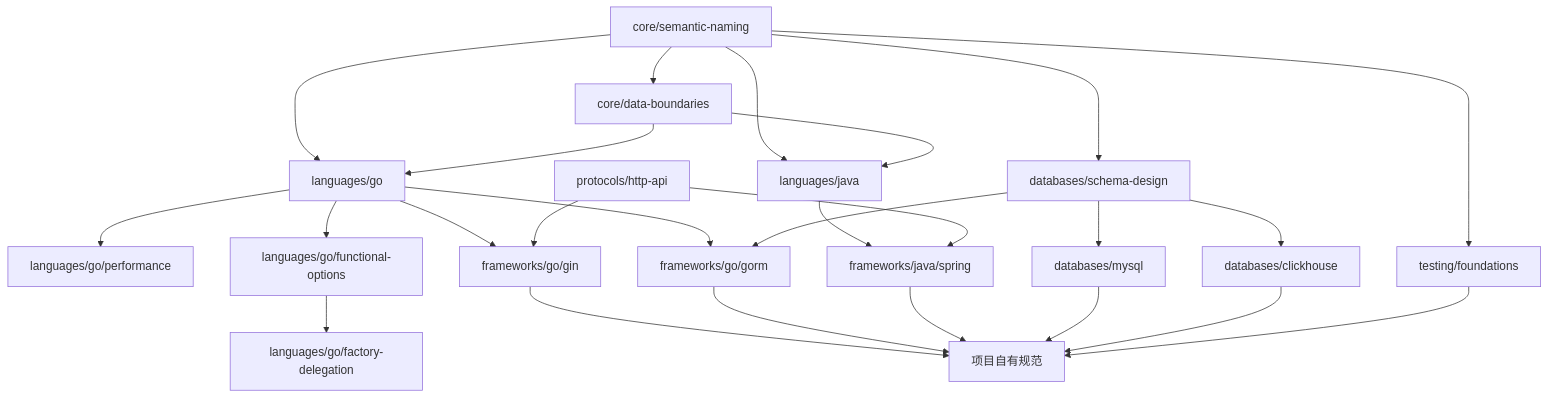
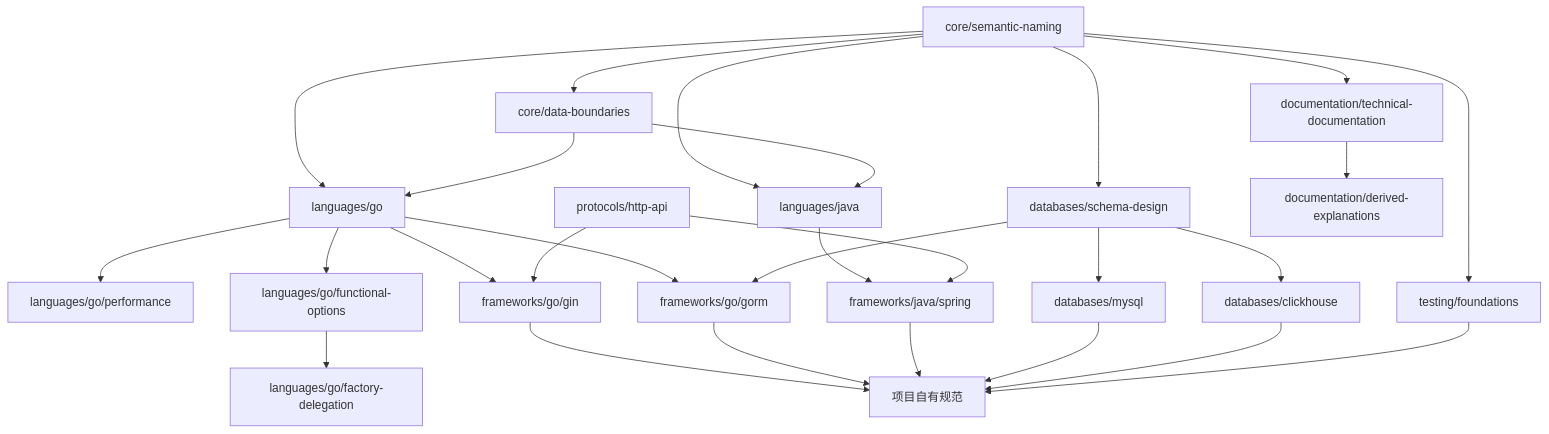
One commit to XiaoWeiKIN/EngineeringSpecifications changed the first of 4 diagrams in docs/specification-model.zh-CN.md. Above: the diagram before and after it, drawn with Mermaid. The commit also changed other lines of this file and 10 other files, not shown here.

````diff
--- a/docs/specification-model.zh-CN.md
+++ b/docs/specification-model.zh-CN.md
@@ -33,44 +34,48 @@
 ```mermaid
 flowchart TB
     Naming["core/semantic-naming"]
     Boundary["core/data-boundaries"]
     Go["languages/go"]
     GoPerformance["languages/go/performance"]
     GoOptions["languages/go/functional-options"]
     GoFactory["languages/go/factory-delegation"]
     Java["languages/java"]
     HTTP["protocols/http-api"]
     Gin["frameworks/go/gin"]
     Gorm["frameworks/go/gorm"]
     Spring["frameworks/java/spring"]
     Schema["databases/schema-design"]
     MySQL["databases/mysql"]
     ClickHouse["databases/clickhouse"]
     Testing["testing/foundations"]
+    Docs["documentation/technical-documentation"]
+    Derived["documentation/derived-explanations"]
     Project["项目自有规范"]
 
     Naming --> Boundary
     Naming --> Go
     Boundary --> Go
     Go --> GoPerformance
     Go --> GoOptions
     GoOptions --> GoFactory
     Naming --> Java
     Boundary --> Java
     Naming --> Schema
     Naming --> Testing
+    Naming --> Docs
+    Docs --> Derived
     Go --> Gin
     HTTP --> Gin
     Go --> Gorm
     Schema --> Gorm
     Java --> Spring
     HTTP --> Spring
     Schema --> MySQL
     Schema --> ClickHouse
     Gin --> Project
     Gorm --> Project
     Spring --> Project
     MySQL --> Project
     ClickHouse --> Project
     Testing --> Project
 ```
````
